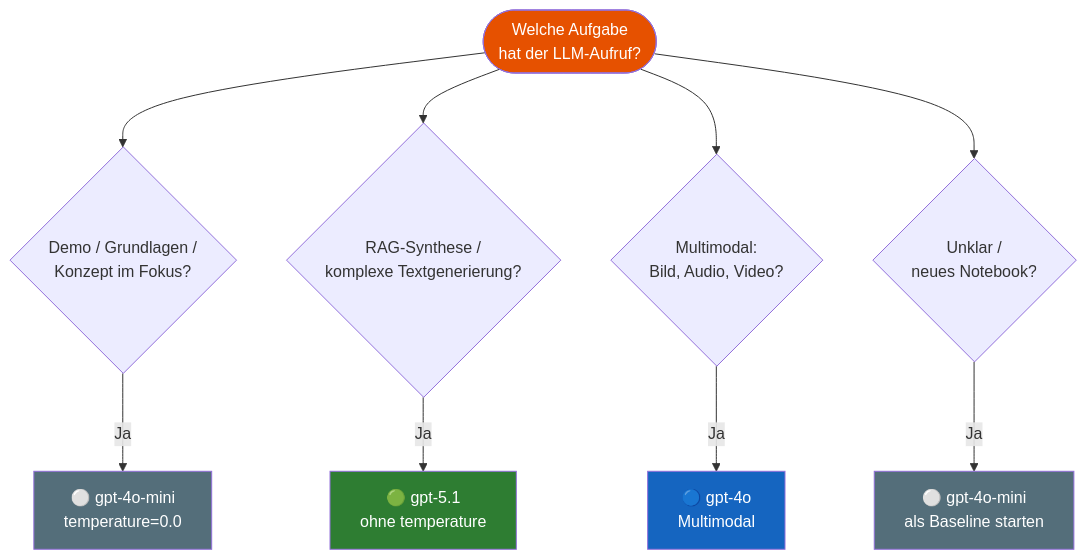
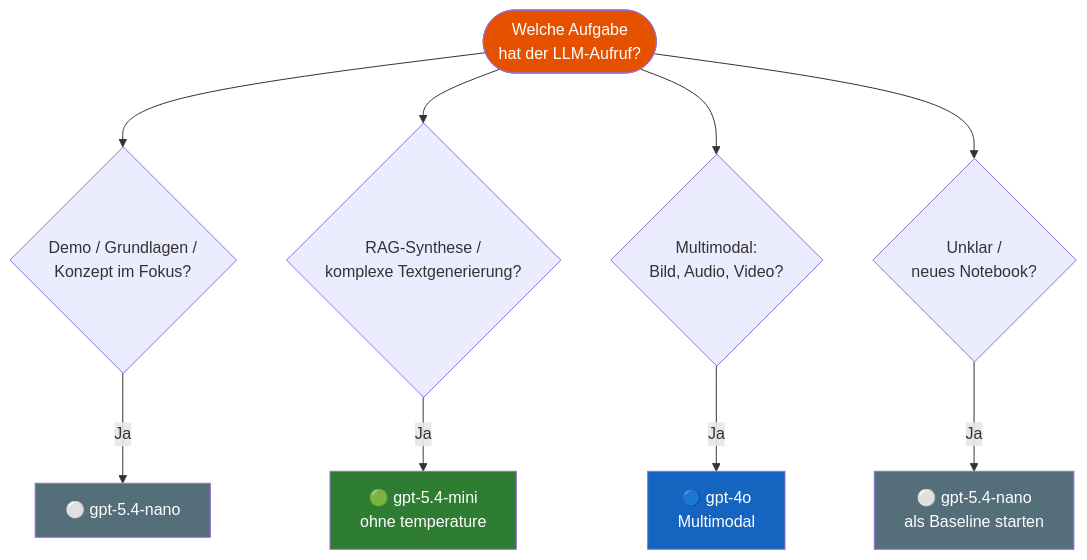
The diagram in docs/frameworks/modell-auswahl/modell-auswahl-guide.md (ralf-42/GenAI), drawn with Mermaid before and after one commit. The commit also changed other lines of this file and 11 other files, not shown here.

````diff
--- a/docs/frameworks/modell-auswahl/modell-auswahl-guide.md
+++ b/docs/frameworks/modell-auswahl/modell-auswahl-guide.md
@@ -89,29 +92,28 @@
 ```mermaid
 flowchart TD
     START(["Welche Aufgabe
 hat der LLM-Aufruf?"])
 
     START --> D{"Demo / Grundlagen /
 Konzept im Fokus?"}
     START --> R{"RAG-Synthese /
 komplexe Textgenerierung?"}
     START --> M{"Multimodal:
 Bild, Audio, Video?"}
     START --> U{"Unklar /
 neues Notebook?"}
 
-    D -->|Ja| MINI["⚪ gpt-4o-mini
-temperature=0.0"]
-    R -->|Ja| GP["🟢 gpt-5.1
+    D -->|Ja| MINI["⚪ gpt-5.4-nano"]
+    R -->|Ja| GP["🟢 gpt-5.4-mini
 ohne temperature"]
     M -->|Ja| GO["🔵 gpt-4o
 Multimodal"]
-    U -->|Ja| BASE["⚪ gpt-4o-mini
+    U -->|Ja| BASE["⚪ gpt-5.4-nano
 als Baseline starten"]
 
     style MINI fill:#546E7A,color:#fff
     style GP   fill:#2E7D32,color:#fff
     style GO   fill:#1565C0,color:#fff
     style BASE fill:#546E7A,color:#fff
     style START fill:#E65100,color:#fff
 ```
````
